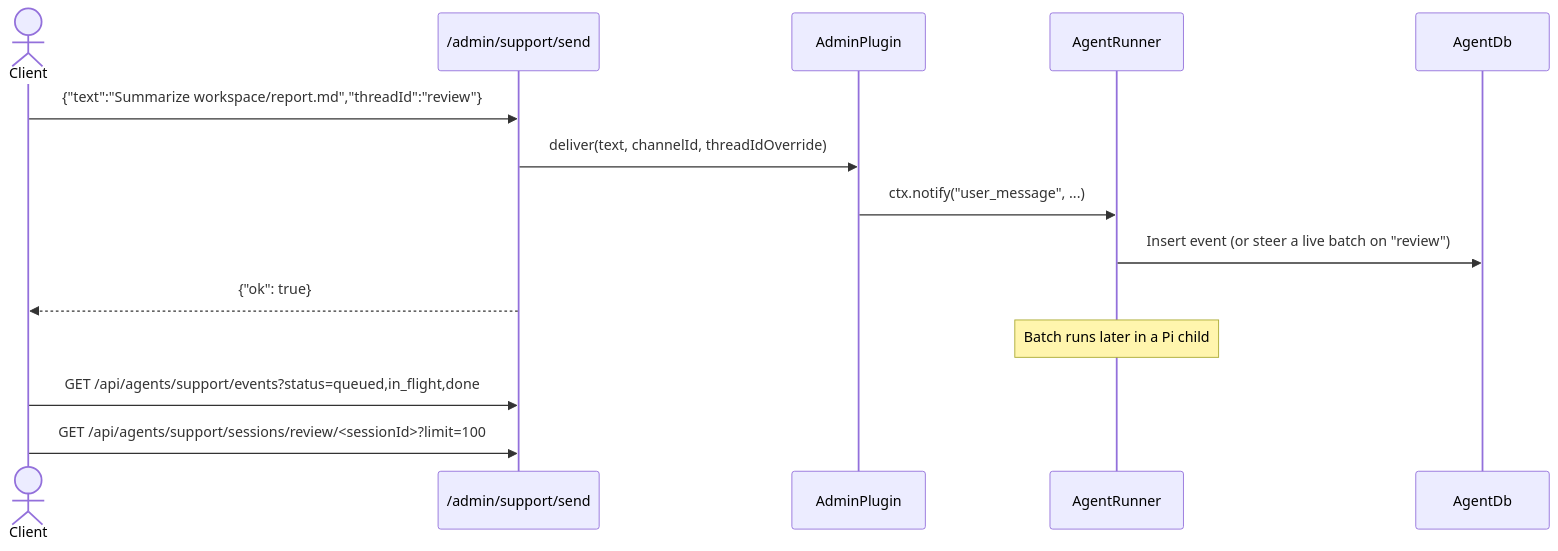
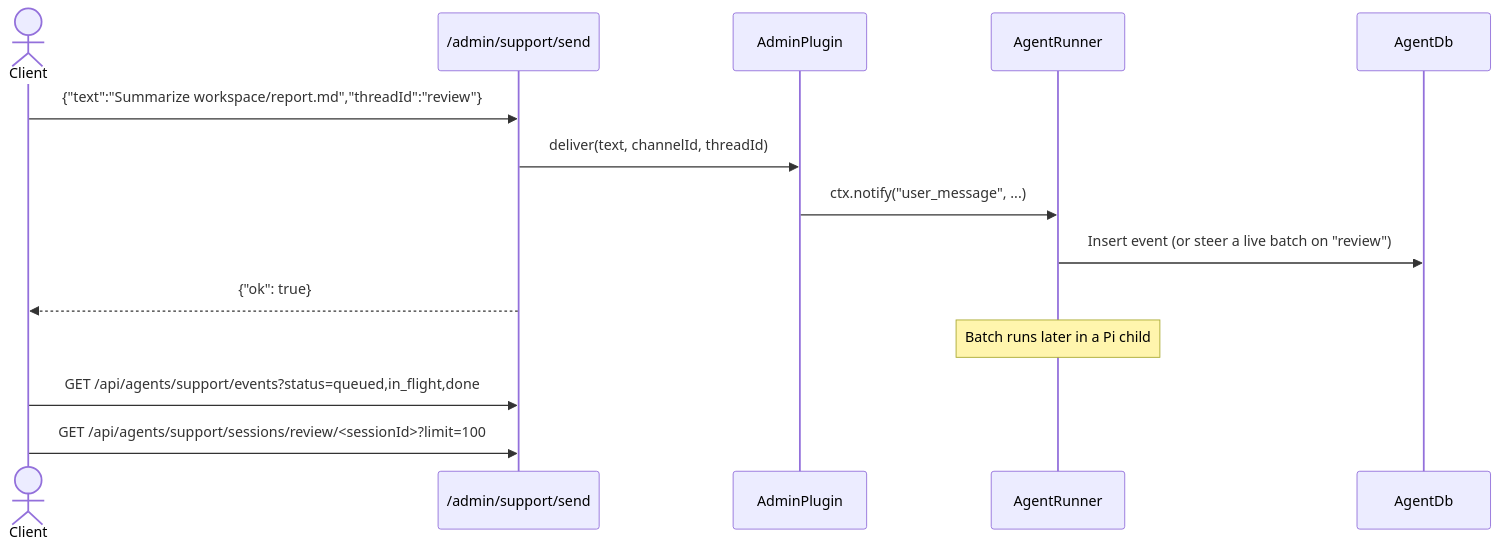
Before and after one commit to cognisphere-sh/cognisphere-harness: the second of 2 diagrams in docs/low-level/api.md, drawn with Mermaid. The commit also changed other lines of this file and 37 other files, not shown here.

````diff
--- a/docs/low-level/api.md
+++ b/docs/low-level/api.md
@@ -53,16 +53,16 @@
 ```mermaid
 sequenceDiagram
     actor Client
     participant API as /admin/support/send
     participant Admin as AdminPlugin
     participant Runner as AgentRunner
     participant DB as AgentDb
     Client->>API: {"text":"Summarize workspace/report.md","threadId":"review"}
-    API->>Admin: deliver(text, channelId, threadIdOverride)
+    API->>Admin: deliver(text, channelId, threadId)
     Admin->>Runner: ctx.notify("user_message", ...)
     Runner->>DB: Insert event (or steer a live batch on "review")
     API-->>Client: {"ok": true}
     Note over Runner: Batch runs later in a Pi child
     Client->>API: GET /api/agents/support/events?status=queued,in_flight,done
     Client->>API: GET /api/agents/support/sessions/review/<sessionId>?limit=100
 ```
````
